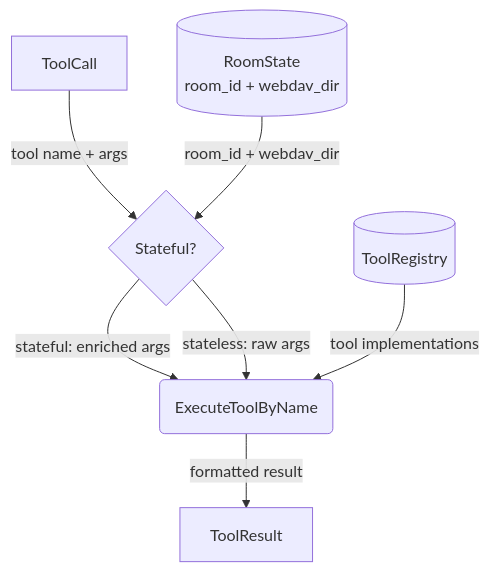
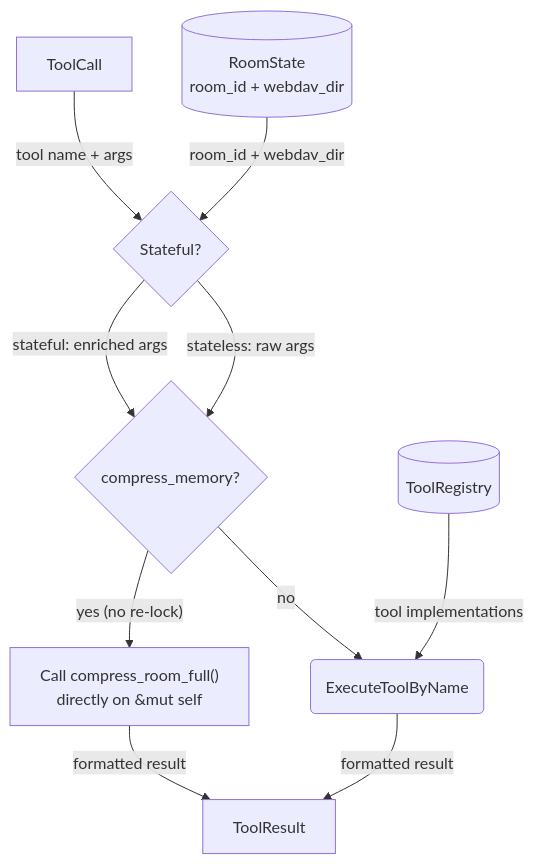
One commit to cosmoswafer/rockbot changed the fourth of 12 diagrams in _dfd/agent-harness.md. Above: the diagram before and after it, drawn with Mermaid. The commit also changed other lines of this file and 4 other files, not shown here.

First line of the commit message:
fix: deadlock in compress_memory tool — intercept in process_message

````diff
--- a/_dfd/agent-harness.md
+++ b/_dfd/agent-harness.md
@@ -143,16 +149,21 @@
 ```mermaid
 flowchart TD
     CALL[ToolCall]
     INJECT{Stateful?}
     ROOM_CTX[(RoomState<br/>room_id + webdav_dir)]
     REG[(ToolRegistry)]
+    COMPRESS{compress_memory?}
+    DIRECT["Call compress_room_full()<br/>directly on &mut self"]
     EXEC(ExecuteToolByName)
     RESULT[ToolResult]
 
     CALL -->|"tool name + args"| INJECT
     ROOM_CTX -->|"room_id + webdav_dir"| INJECT
-    INJECT -->|"stateful: enriched args"| EXEC
-    INJECT -->|"stateless: raw args"| EXEC
+    INJECT -->|"stateful: enriched args"| COMPRESS
+    INJECT -->|"stateless: raw args"| COMPRESS
+    COMPRESS -->|"yes (no re-lock)"| DIRECT
+    COMPRESS -->|"no"| EXEC
     REG -->|"tool implementations"| EXEC
+    DIRECT -->|"formatted result"| RESULT
     EXEC -->|"formatted result"| RESULT
 ```
````
